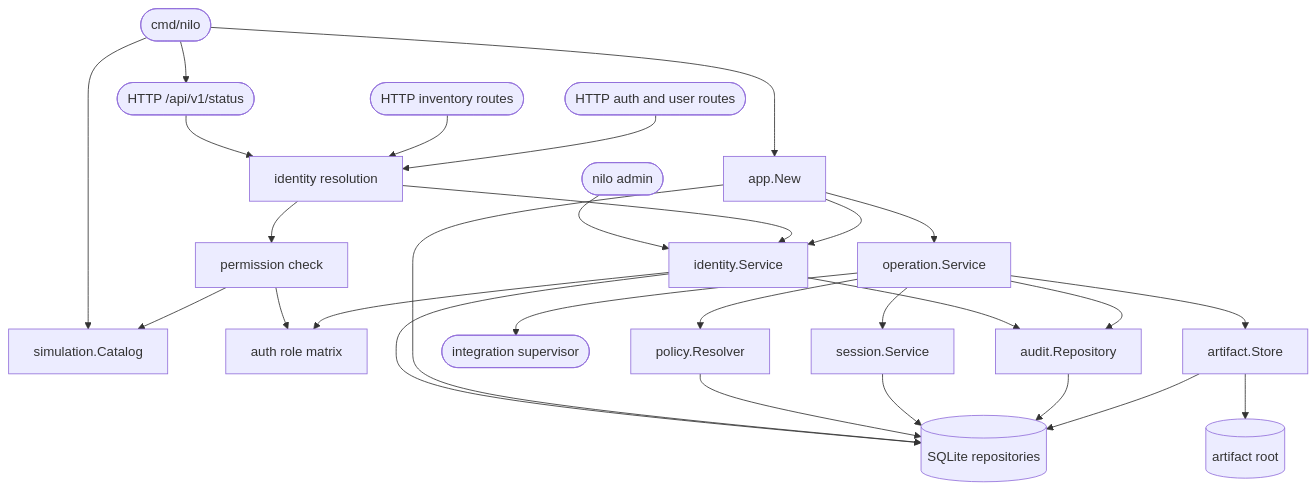
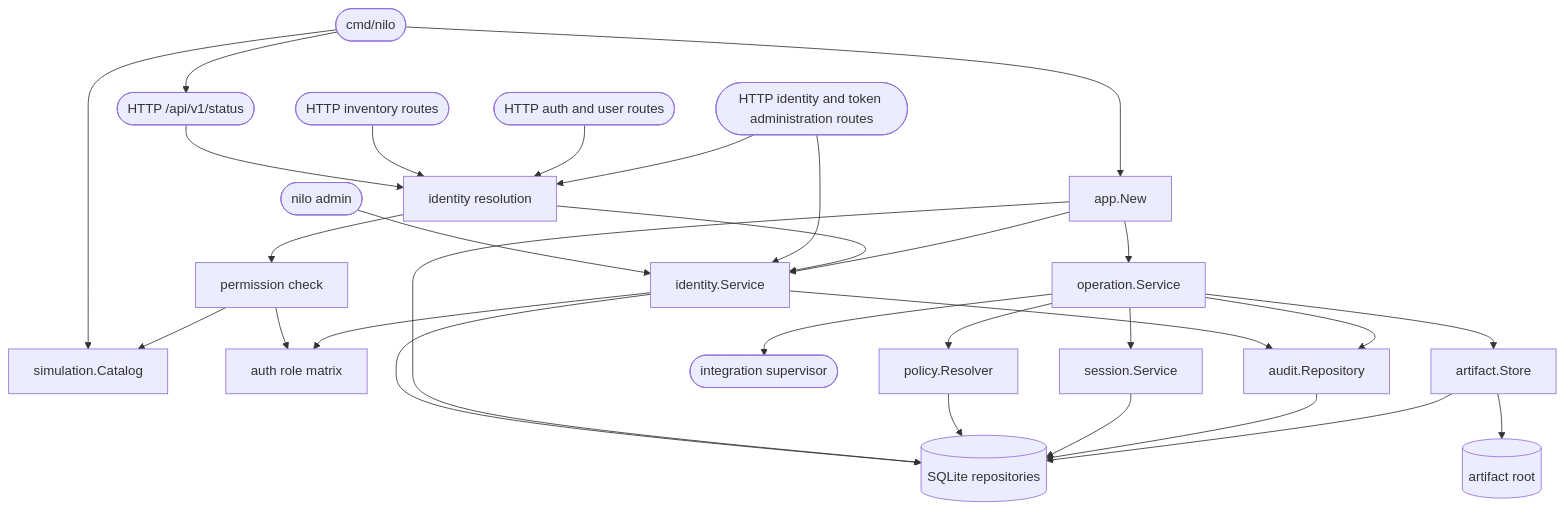
One commit to DDP-Engineering/2026_Networked_Intelligent_Lab_Orchestrator changed the diagram in .agentic/knowledge/bench-core-foundation.md. Above: the diagram before and after it, drawn with Mermaid. The commit also changed other lines of this file and 125 other files, not shown here.

````diff
--- a/.agentic/knowledge/bench-core-foundation.md
+++ b/.agentic/knowledge/bench-core-foundation.md
@@ -39,49 +43,52 @@
 ```mermaid
 flowchart TD
     cli(["cmd/nilo"])
     admincli(["nilo admin"])
     http(["HTTP /api/v1/status"])
     inventory(["HTTP inventory routes"])
     authroutes(["HTTP auth and user routes"])
+    adminroutes(["HTTP identity and token administration routes"])
     middleware["identity resolution"]
     authorize["permission check"]
     catalog["simulation.Catalog"]
     app["app.New"]
     identity["identity.Service"]
     roles["auth role matrix"]
     op["operation.Service"]
     policy["policy.Resolver"]
     session["session.Service"]
     runner(["integration supervisor"])
     artifact["artifact.Store"]
     audit["audit.Repository"]
     sqlite[("SQLite repositories")]
     files[("artifact root")]
     cli --> app
     cli --> http
     cli --> catalog
     admincli --> identity
     http --> middleware
     inventory --> middleware
     authroutes --> middleware
+    adminroutes --> middleware
+    adminroutes --> identity
     middleware --> identity
     middleware --> authorize
     authorize --> roles
     authorize --> catalog
     identity --> roles
     identity --> audit
     identity --> sqlite
     app --> identity
     app --> sqlite
     app --> op
     op --> policy
     op --> session
     op --> runner
     op --> artifact
     op --> audit
     policy --> sqlite
     session --> sqlite
     audit --> sqlite
     artifact --> sqlite
     artifact --> files
 ```
````
